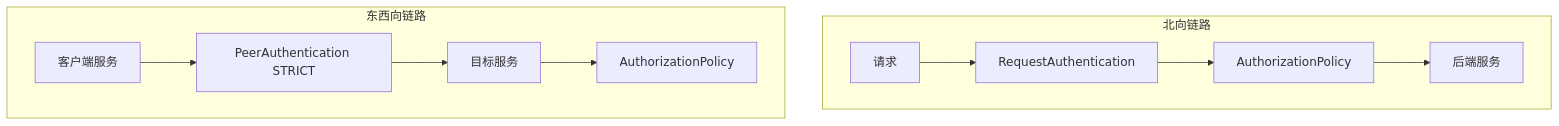
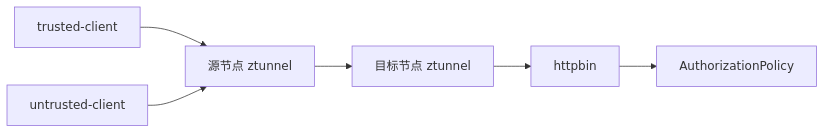
Before and after one commit to hwang-protocol/docker_k8s_2026: the third of 3 diagrams in k8s/05-security-and-zero-trust/docs/05_enable_jwt_and_mesh_security.md, drawn with Mermaid. The commit also changed other lines of this file, not shown here.

````diff
--- a/k8s/05-security-and-zero-trust/docs/05_enable_jwt_and_mesh_security.md
+++ b/k8s/05-security-and-zero-trust/docs/05_enable_jwt_and_mesh_security.md
@@ -301,14 +140,8 @@
 ```mermaid
-flowchart TD
-    subgraph northSouth [北向链路]
-        req[请求] --> jwt[RequestAuthentication]
-        jwt --> allow[AuthorizationPolicy]
-        allow --> backend[后端服务]
-    end
-
-    subgraph eastWest [东西向链路]
-        svc1[客户端服务] --> mtls[PeerAuthentication STRICT]
-        mtls --> svc2[目标服务]
-        svc2 --> svcAuthz[AuthorizationPolicy]
-    end
+flowchart LR
+    trusted[trusted-client] --> ztunnelA[源节点 ztunnel]
+    untrusted[untrusted-client] --> ztunnelA
+    ztunnelA --> ztunnelB[目标节点 ztunnel]
+    ztunnelB --> httpbinSvc[httpbin]
+    httpbinSvc --> meshAuthz[AuthorizationPolicy]
 ```
````
